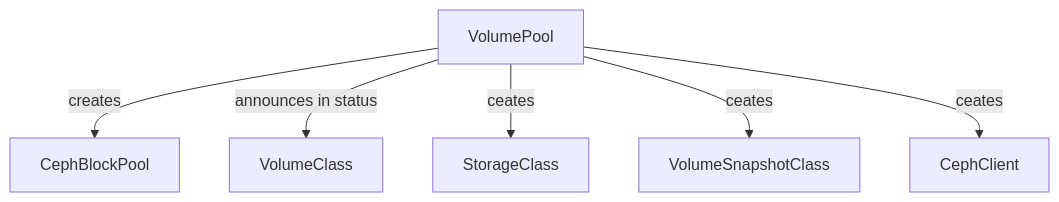
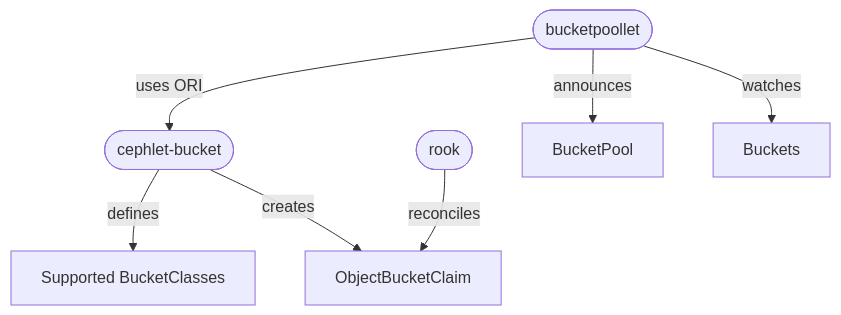
Before and after one commit to ironcore-dev/ceph-provider: the second of 2 diagrams in docs/architecture/README.md, drawn with Mermaid. The commit also changed other lines of this file and 7 other files, not shown here.

````diff
--- a/docs/architecture/README.md
+++ b/docs/architecture/README.md
@@ -61,8 +38,15 @@
 ```mermaid
 graph TD
-    VP[VolumePool] -- creates --> CephBlockPool
-    VP -- announces in status --> VC[VolumeClass]
-    VP -- ceates --> SC[StorageClass]
-    VP -- ceates --> VSC[VolumeSnapshotClass]
-    VP -- ceates --> CC[CephClient]
+    C([cephlet-bucket])
+    P([bucketpoollet])
+    R([rook])
+    
+    P -- announces --> BP[BucketPool]
+    P -- watches --> B[Buckets]
+    
+    P -- uses ORI --> C
+    
+    C -- defines --> VC[Supported BucketClasses]
+    C -- creates --> OBC[ObjectBucketClaim]
+    R -- reconciles --> OBC
 ```
````
